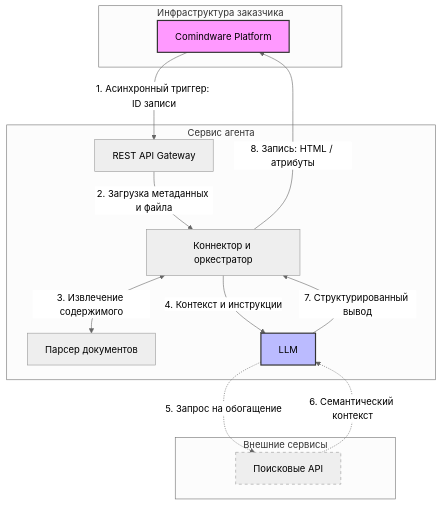
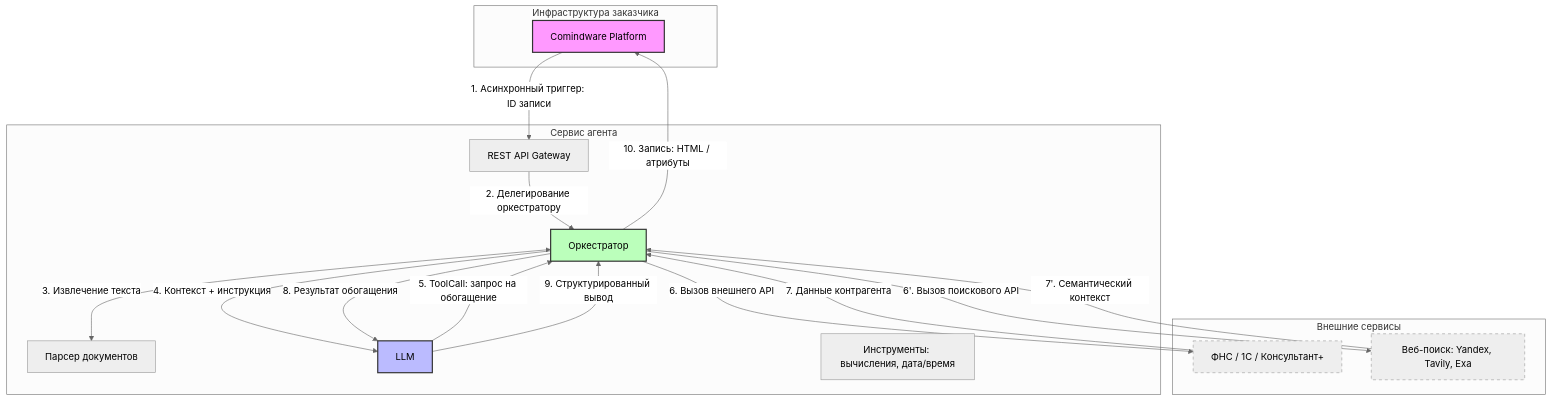
The diagram in docs/research/executive-research-technology-transfer/report-pack/20260420-document-agent-architecture-ru.md (arterm-sedov/cmw-rag), drawn with Mermaid (neutral theme) before and after one commit. The commit also changed other lines of this file and 2 other files, not shown here.

Commit message:
docs: consolidate document agent architecture report — v3, eliminate redundancy per C4/ArchiMate research

````diff
--- a/docs/research/executive-research-technology-transfer/report-pack/20260420-document-agent-architecture-ru.md
+++ b/docs/research/executive-research-technology-transfer/report-pack/20260420-document-agent-architecture-ru.md
@@ -47,30 +52,38 @@
 ```mermaid
 graph TD
     subgraph Client_Infrastructure [Инфраструктура заказчика]
         A[Comindware Platform]
     end
 
     subgraph Agent_Service [Сервис агента]
         B[REST API Gateway]
-        C[Коннектор и оркестратор]
+        C[Оркестратор]
         D[Парсер документов]
         E[LLM]
+        F[Инструменты: вычисления, дата/время]
     end
 
     subgraph External_Services [Внешние сервисы]
-        G[Поисковые API]
+        G[ФНС / 1С / Консультант+]
+        H[Веб-поиск: Yandex, Tavily, Exa]
     end
 
     A -->|1. Асинхронный триггер: ID записи| B
-    B -->|2. Загрузка метаданных и файла| C
-    C <-->|3. Извлечение содержимого| D
-    C -->|4. Контекст и инструкции| E
-    E -.->|5. Запрос на обогащение| G
-    G -.->|6. Семантический контекст| E
-    E -->|7. Структурированный вывод| C
-    C -->|8. Запись: HTML / атрибуты| A
+    B -->|2. Делегирование оркестратору| C
+    C <-->|3. Извлечение текста| D
+    C -->|4. Контекст + инструкция| E
+    E -->|5. ToolCall: запрос на обогащение| C
+    C -->|6. Вызов внешнего API| G
+    C -->|6ʹ. Вызов поискового API| H
+    G -->|7. Данные контрагента| C
+    H -->|7ʹ. Семантический контекст| C
+    C -->|8. Результат обогащения| E
+    E -->|9. Структурированный вывод| C
+    C -->|10. Запись: HTML / атрибуты| A
 
     style A fill:#f9f,stroke:#333,stroke-width:2px
     style E fill:#bbf,stroke:#333,stroke-width:2px
+    style C fill:#bfb,stroke:#333,stroke-width:2px
     style G stroke-dasharray: 5 5
+    style H stroke-dasharray: 5 5
 ```
````
